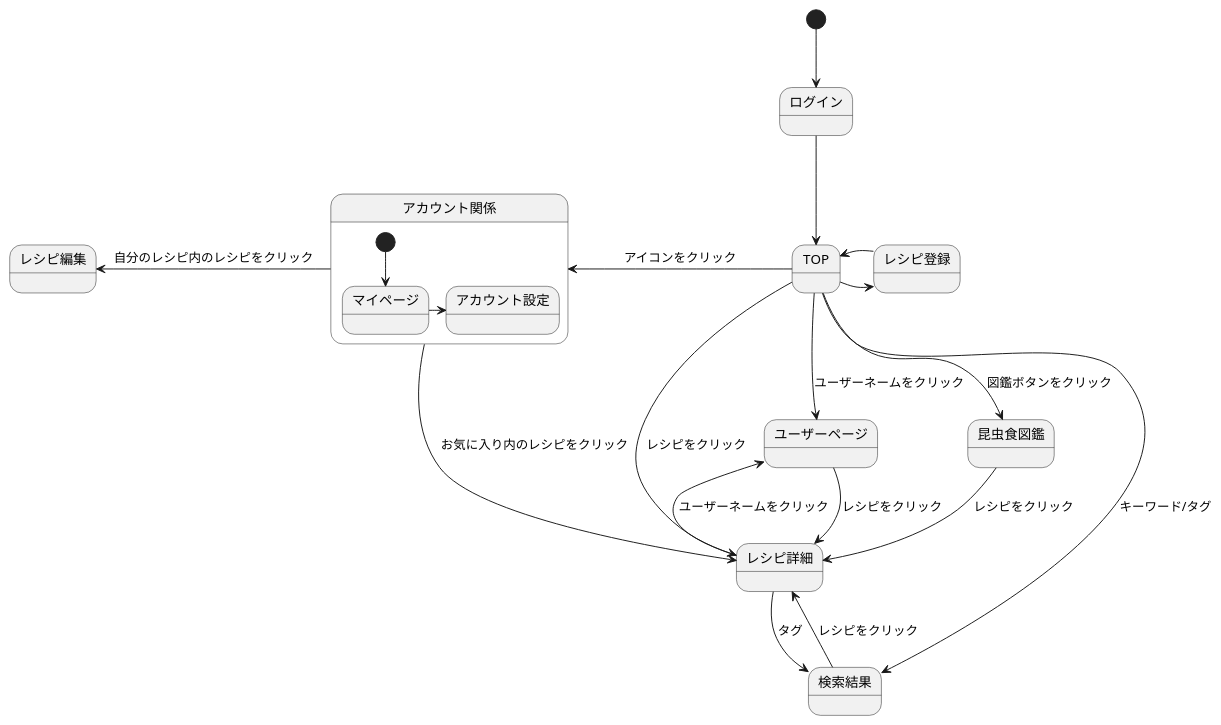
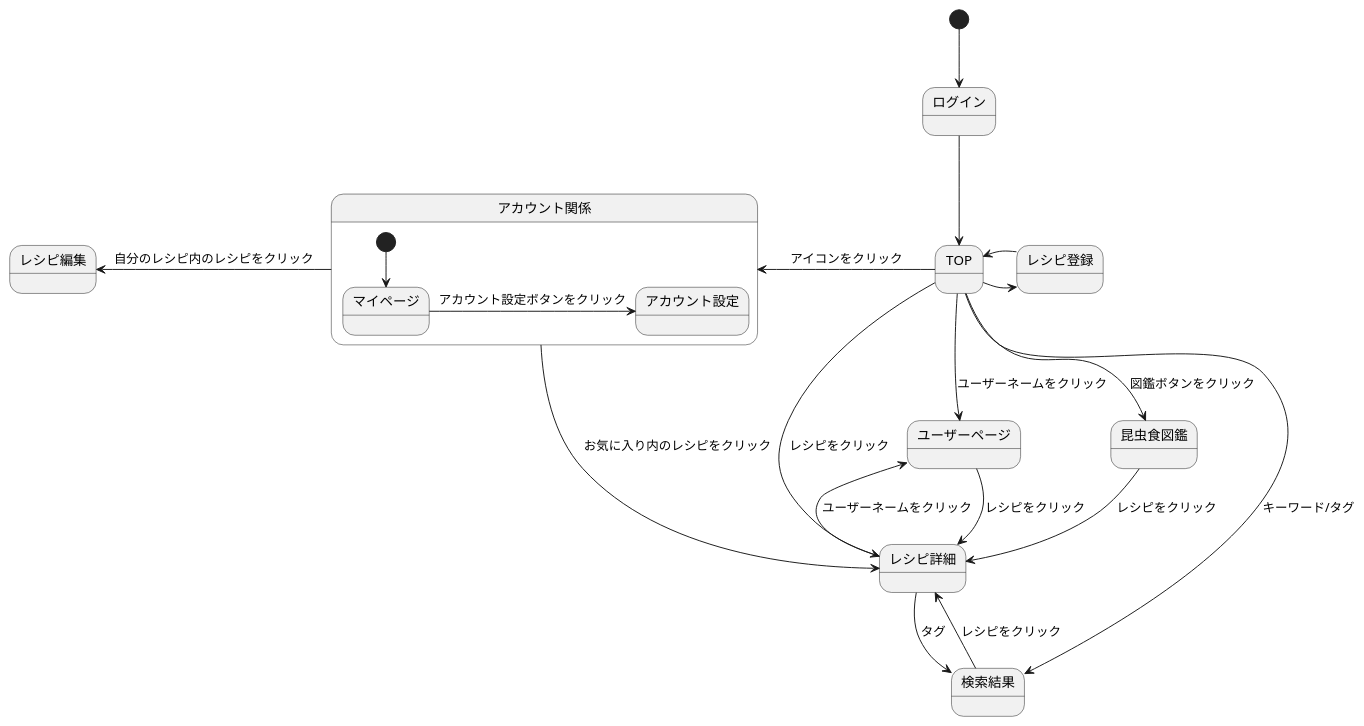
The diagram in ScreenTransitionDiagramlogin.md (ASO2001040/bugbug-design), drawn with PlantUML before and after one commit.

````diff
--- a/ScreenTransitionDiagramlogin.md
+++ b/ScreenTransitionDiagramlogin.md
@@ -1,26 +1,26 @@
 ```uml
 @startuml
 [*]-->ログイン
 
 ログイン-->TOP
 TOP-left->アカウント関係: アイコンをクリック
 TOP->レシピ登録
 レシピ登録->TOP
 TOP-->昆虫食図鑑: 図鑑ボタンをクリック
 TOP->ユーザーページ: ユーザーネームをクリック
 TOP->レシピ詳細: レシピをクリック
 TOP->検索結果: キーワード/タグ
 アカウント関係->レシピ詳細: お気に入り内のレシピをクリック
 アカウント関係-left->レシピ編集: 自分のレシピ内のレシピをクリック
 ユーザーページ-->レシピ詳細: レシピをクリック
 レシピ詳細-->ユーザーページ: ユーザーネームをクリック
 レシピ詳細-->検索結果: タグ
 検索結果-->レシピ詳細: レシピをクリック
 昆虫食図鑑-->レシピ詳細: レシピをクリック
 
 state アカウント関係 {
  [*] --> マイページ
-マイページ-> アカウント設定
+マイページ-> アカウント設定: アカウント設定ボタンをクリック
  }
 @enduml
 ```
````
